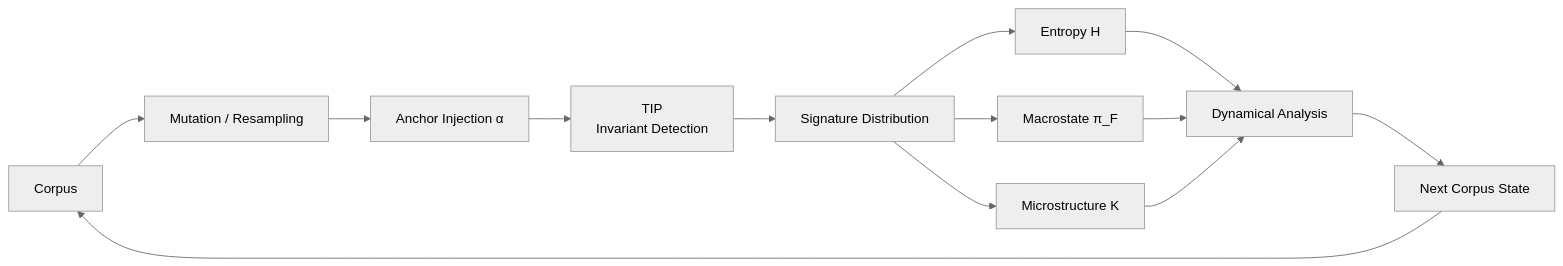
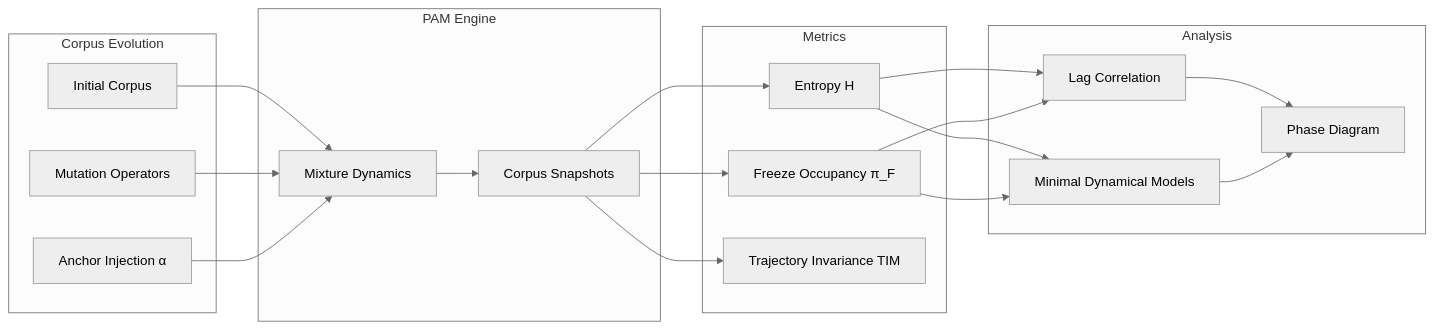
Before and after one commit to NoShx0w/pam-research: the first of 3 diagrams in README.md, drawn with Mermaid (neutral theme). The commit also changed other lines of this file, not shown here.

````diff
--- a/README.md
+++ b/README.md
@@ -147,20 +147,45 @@
 ```mermaid
 flowchart LR
 
-A[Corpus] --> B[Mutation / Resampling]
-B --> C[Anchor Injection α]
-C --> D[TIP<br>Invariant Detection]
-D --> E[Signature Distribution]
+subgraph Corpus Evolution
+A[Initial Corpus]
+B[Mutation Operators]
+C[Anchor Injection α]
+end
 
-E --> F[Entropy H]
-E --> G[Macrostate π_F]
-E --> H[Microstructure K]
+subgraph PAM Engine
+D[Mixture Dynamics]
+E[Corpus Snapshots]
+end
 
-F --> I[Dynamical Analysis]
+subgraph Metrics
+F[Entropy H]
+G[Freeze Occupancy π_F]
+H2[Trajectory Invariance TIM]
+end
+
+subgraph Analysis
+I[Lag Correlation]
+J[Minimal Dynamical Models]
+K[Phase Diagram]
+end
+
+A --> D
+B --> D
+C --> D
+
+D --> E
+
+E --> F
+E --> G
+E --> H2
+
+F --> I
 G --> I
-H --> I
 
-I --> J[Next Corpus State]
-J --> A
+F --> J
+G --> J
 
+I --> K
+J --> K
 ```
````
